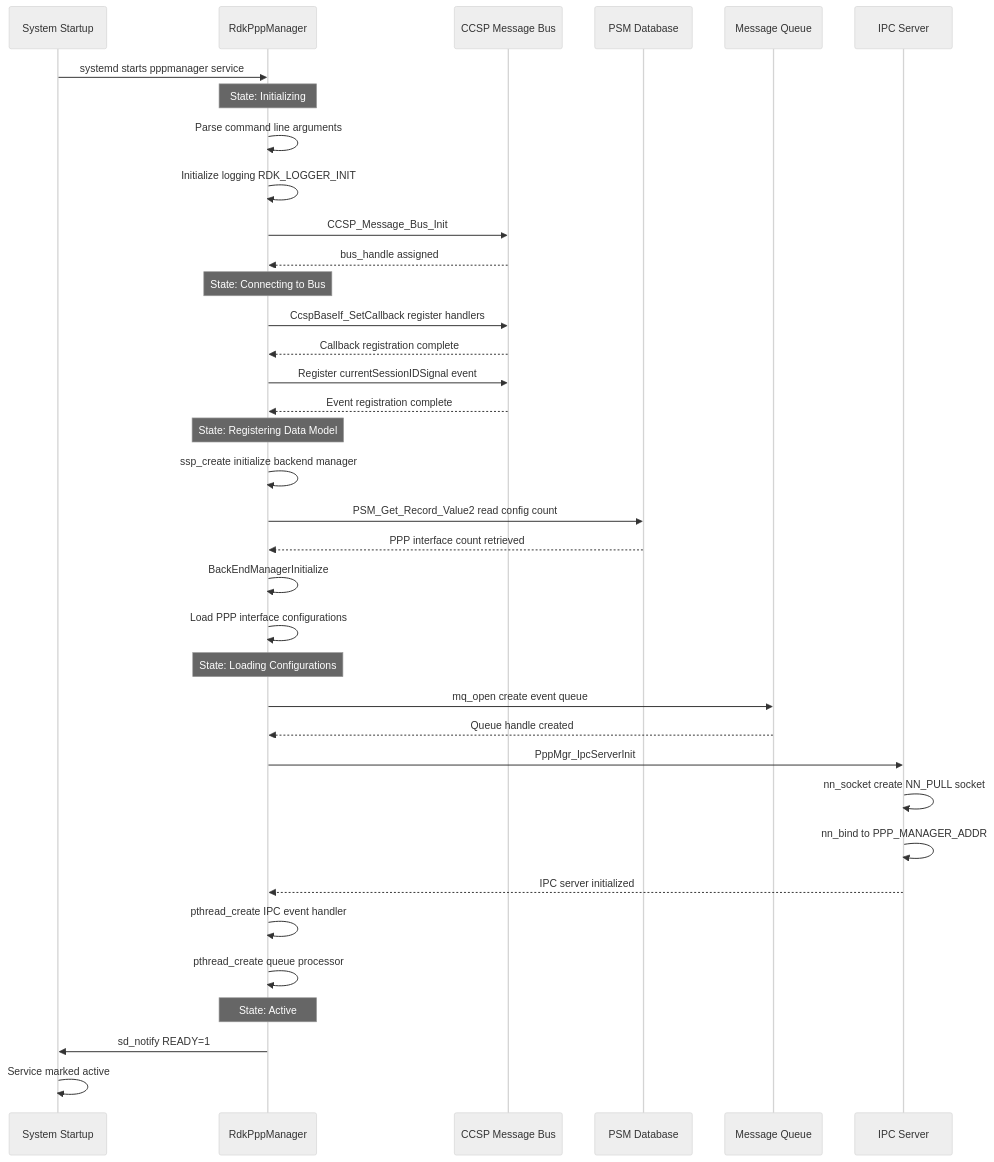
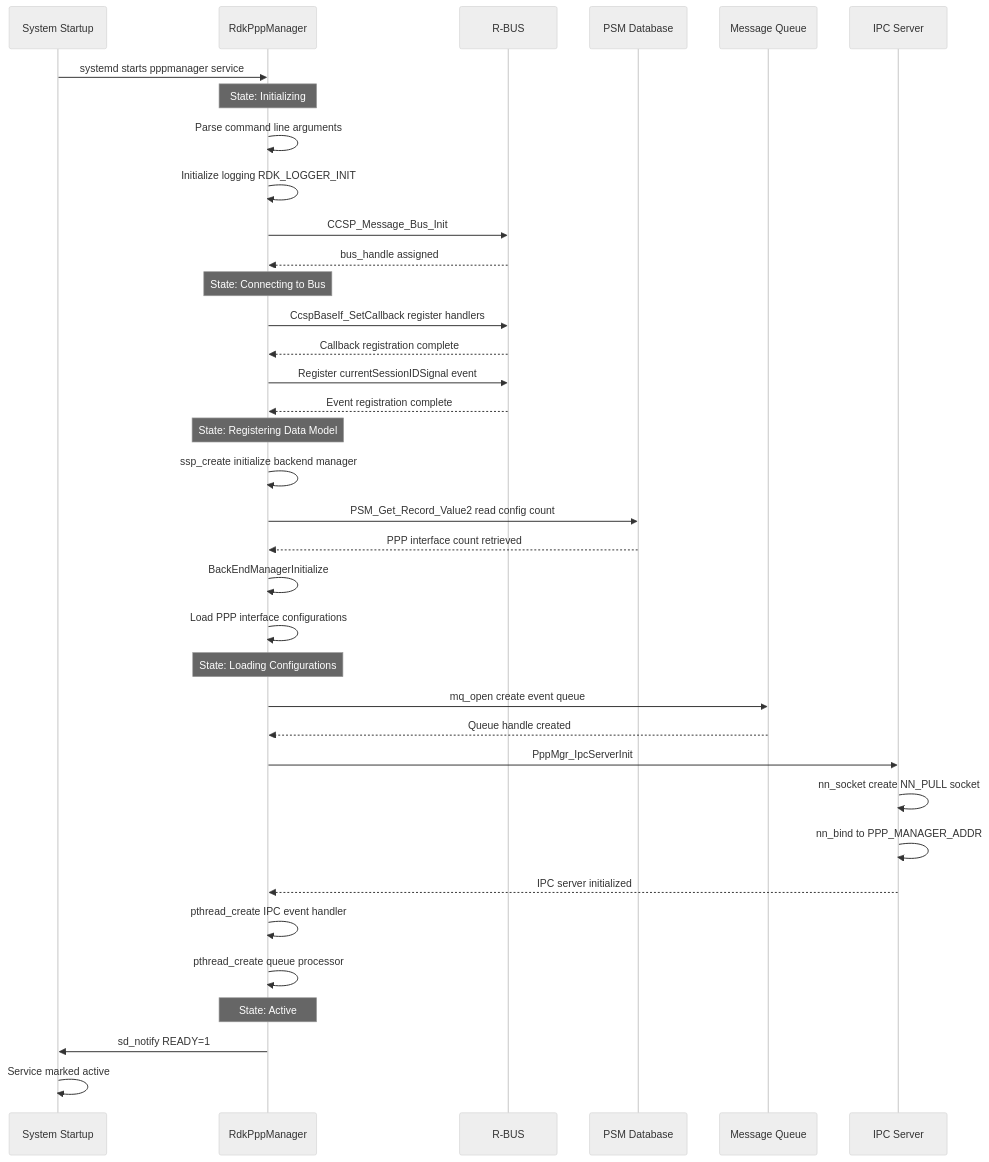
One commit to rdkcentral/RdkPppManager changed the third of 7 diagrams in README.md. Above: the diagram before and after it, drawn with Mermaid (neutral theme). The commit also changed other lines of this file, not shown here.

````diff
--- a/README.md
+++ b/README.md
@@ -164,49 +161,49 @@
 ```mermaid
 sequenceDiagram
     participant System as System Startup
     participant Component as RdkPppManager
-    participant Bus as CCSP Message Bus
+    participant Bus as R-BUS
     participant PSM as PSM Database
     participant Queue as Message Queue
     participant IPC as IPC Server
 
     System->>Component: systemd starts pppmanager service
     Note over Component: State: Initializing
 
     Component->>Component: Parse command line arguments
     Component->>Component: Initialize logging RDK_LOGGER_INIT
-    
+
     Component->>Bus: CCSP_Message_Bus_Init
     Bus-->>Component: bus_handle assigned
     Note over Component: State: Connecting to Bus
-    
+
     Component->>Bus: CcspBaseIf_SetCallback register handlers
     Bus-->>Component: Callback registration complete
-    
+
     Component->>Bus: Register currentSessionIDSignal event
     Bus-->>Component: Event registration complete
     Note over Component: State: Registering Data Model
-    
+
     Component->>Component: ssp_create initialize backend manager
     Component->>PSM: PSM_Get_Record_Value2 read config count
     PSM-->>Component: PPP interface count retrieved
-    
+
     Component->>Component: BackEndManagerInitialize
     Component->>Component: Load PPP interface configurations
     Note over Component: State: Loading Configurations
-    
+
     Component->>Queue: mq_open create event queue
     Queue-->>Component: Queue handle created
-    
+
     Component->>IPC: PppMgr_IpcServerInit
     IPC->>IPC: nn_socket create NN_PULL socket
     IPC->>IPC: nn_bind to PPP_MANAGER_ADDR
     IPC-->>Component: IPC server initialized
-    
+
     Component->>Component: pthread_create IPC event handler
     Component->>Component: pthread_create queue processor
     Note over Component: State: Active
-    
+
     Component->>System: sd_notify READY=1
     System->>System: Service marked active
 ```
````
